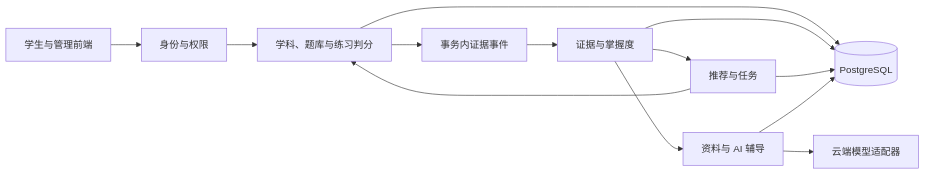
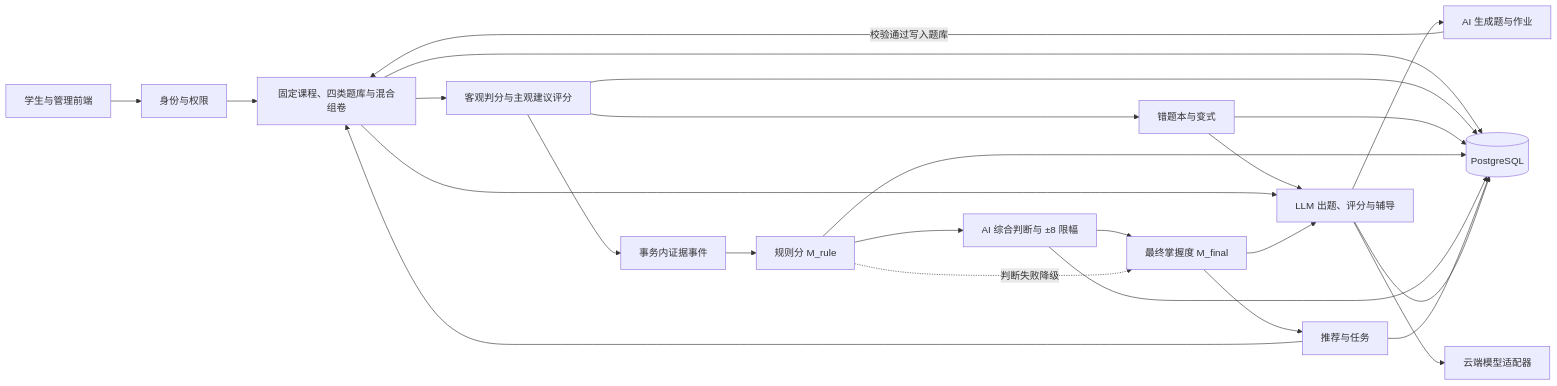
Before and after one commit to zhaoliyang936-cloud/ReviewSystem: the diagram in docs/技术设计文档.md, drawn with Mermaid. The commit also changed other lines of this file and 2 other files, not shown here.

````diff
--- a/docs/技术设计文档.md
+++ b/docs/技术设计文档.md
@@ -28,15 +28,27 @@
 ```mermaid
 flowchart LR
   UI[学生与管理前端] --> AUTH[身份与权限]
-  AUTH --> CORE[学科、题库与练习判分]
-  CORE --> EVENT[事务内证据事件]
-  EVENT --> MASTERY[证据与掌握度]
+  AUTH --> CORE[固定课程、四类题库与混合组卷]
+  CORE --> JUDGE[客观判分与主观建议评分]
+  JUDGE --> WRONG[错题本与变式]
+  JUDGE --> EVENT[事务内证据事件]
+  EVENT --> RULE[规则分 M_rule]
+  RULE --> AIJUDGE[AI 综合判断与 ±8 限幅]
+  AIJUDGE --> MASTERY[最终掌握度 M_final]
+  RULE -.判断失败降级.-> MASTERY
   MASTERY --> TASK[推荐与任务]
   TASK --> CORE
-  MASTERY --> AI[资料与 AI 辅导]
+  WRONG --> AI[LLM 出题、评分与辅导]
+  CORE --> AI
+  MASTERY --> AI
+  AI --> GEN[AI 生成题与作业]
+  GEN -->|校验通过写入题库| CORE
   CORE --> DB[(PostgreSQL)]
-  MASTERY --> DB
+  JUDGE --> DB
+  WRONG --> DB
+  RULE --> DB
+  AIJUDGE --> DB
   TASK --> DB
   AI --> DB
   AI --> MODEL[云端模型适配器]
 ```
````
